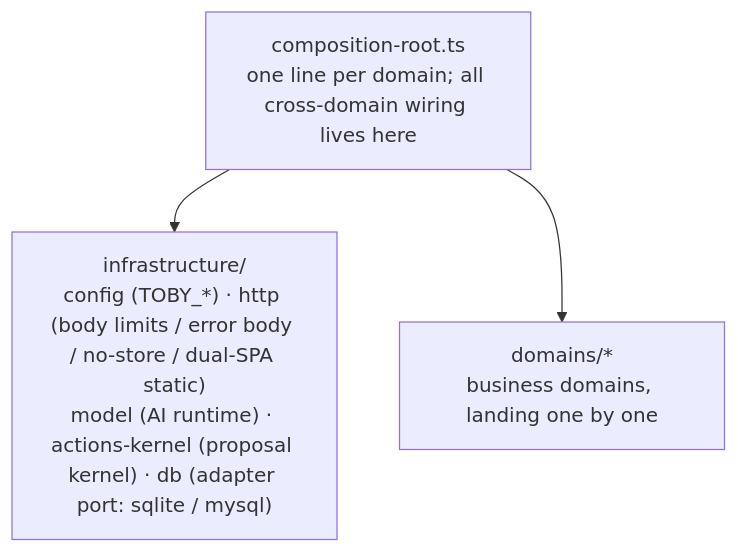
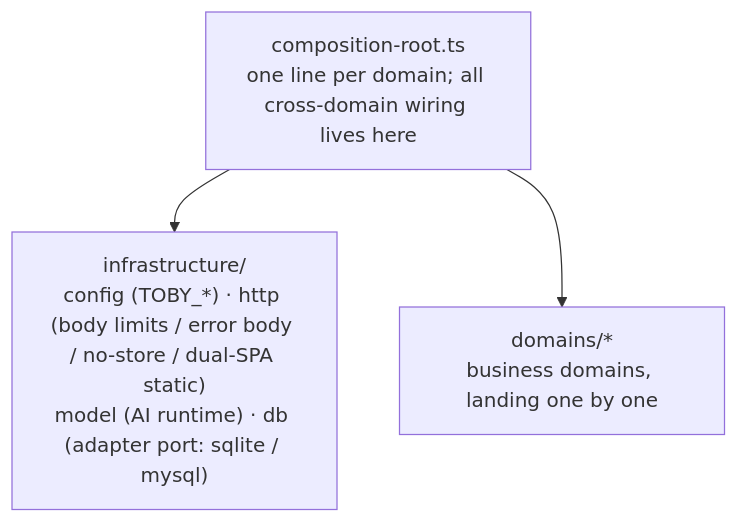
One commit to dengyusys/toby changed the third of 3 diagrams in docs/system-overview.md. Above: the diagram before and after it, drawn with Mermaid. The commit also changed other lines of this file and 86 other files, not shown here.

Commit message:
feat: adopt direct writes, retire actions kernel and revert

````diff
--- a/docs/system-overview.md
+++ b/docs/system-overview.md
@@ -114,8 +104,8 @@
 ```mermaid
 flowchart TB
     BOOT["composition-root.ts<br/>one line per domain; all cross-domain wiring lives here"]
-    INFRA["infrastructure/<br/>config (TOBY_*) · http (body limits / error body / no-store / dual-SPA static)<br/>model (AI runtime) · actions-kernel (proposal kernel) · db (adapter port: sqlite / mysql)"]
+    INFRA["infrastructure/<br/>config (TOBY_*) · http (body limits / error body / no-store / dual-SPA static)<br/>model (AI runtime) · db (adapter port: sqlite / mysql)"]
     DOM["domains/*<br/>business domains, landing one by one"]
     BOOT --> INFRA
     BOOT --> DOM
 ```
````
